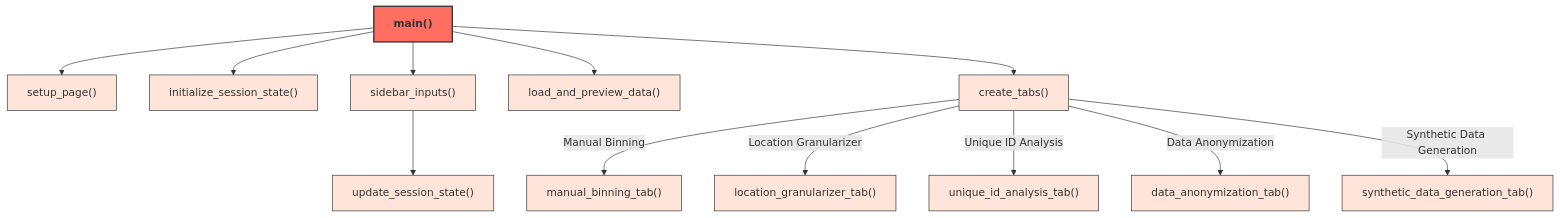
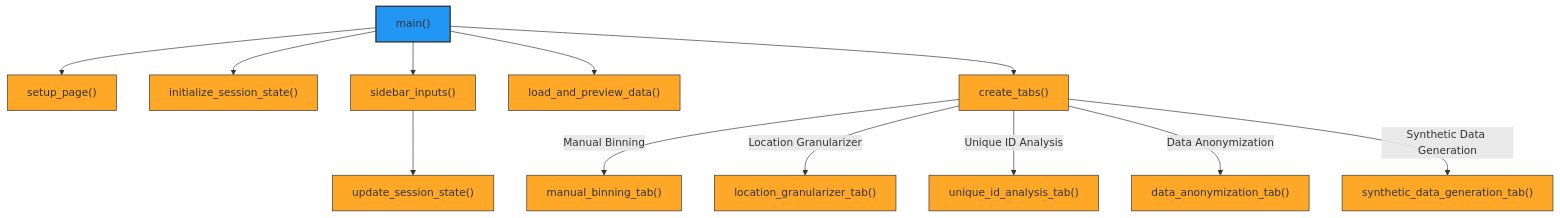
One commit to MaLoskins/Deidentification_App changed the first of 2 diagrams in README.md. Above: the diagram before and after it, drawn with Mermaid. The commit also changed other lines of this file, not shown here.

````diff
--- a/README.md
+++ b/README.md
@@ -73,24 +73,28 @@
 ```mermaid
 flowchart TD
     %% Define styles for clarity
-    classDef mainModule fill:#FF6F61,stroke:#333,stroke-width:2px, font-weight:bold;
-    classDef functionStyle fill:#FFE5D9,stroke:#333,stroke-width:1px;
-    
+    classDef mainModule fill:#2196F3,stroke:#333,stroke-width:2px, font-weight:bold; %% Main Module - Blue
+    classDef functionStyle fill:#FFA726,stroke:#333,stroke-width:1px; %% Functions - Darker orange
+    classDef classStyle fill:#AB47BC,stroke:#222,stroke-width:1px; %% Classes - Purple
+    classDef scriptStyle fill:#4CAF50,stroke:#222,stroke-width:1px; %% Scripts - Green
+
     %% Main Application Module
     main["main()"]:::functionStyle --> setup_page["setup_page()"]:::functionStyle
     main --> initialize_session_state["initialize_session_state()"]:::functionStyle
     main --> sidebar_inputs["sidebar_inputs()"]:::functionStyle
     main --> load_and_preview_data["load_and_preview_data()"]:::functionStyle
     main --> create_tabs["create_tabs()"]:::functionStyle
 
     sidebar_inputs --> update_session_state["update_session_state()"]:::functionStyle
 
     create_tabs -->|Manual Binning| manual_binning_tab["manual_binning_tab()"]:::functionStyle
     create_tabs -->|Location Granularizer| location_granularizer_tab["location_granularizer_tab()"]:::functionStyle
     create_tabs -->|Unique ID Analysis| unique_id_analysis_tab["unique_id_analysis_tab()"]:::functionStyle
     create_tabs -->|Data Anonymization| data_anonymization_tab["data_anonymization_tab()"]:::functionStyle
     create_tabs -->|Synthetic Data Generation| synthetic_data_generation_tab["synthetic_data_generation_tab()"]:::functionStyle
 
     class main mainModule;
 
+
+
 ```
````
